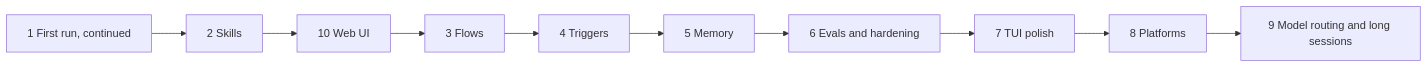
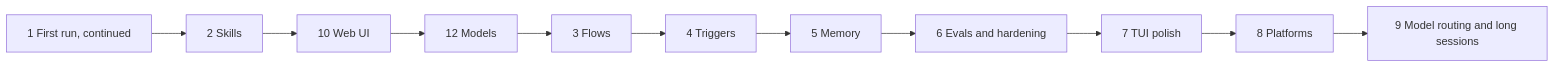
The first of 7 diagrams in docs/plan.md (MilanPavel/golem), drawn with Mermaid before and after one commit. The commit also changed other lines of this file, not shown here.

Commit message:
docs: update plan with models phase 12 (#391)

````diff
--- a/docs/plan.md
+++ b/docs/plan.md
@@ -29,4 +30,4 @@
 ```mermaid
 flowchart LR
-  p1[1 First run, continued] --> p2[2 Skills] --> p10[10 Web UI] --> p3[3 Flows] --> p4[4 Triggers] --> p5[5 Memory] --> p6[6 Evals and hardening] --> p7[7 TUI polish] --> p8[8 Platforms] --> p9[9 Model routing and long sessions]
+  p1[1 First run, continued] --> p2[2 Skills] --> p10[10 Web UI] --> p12[12 Models] --> p3[3 Flows] --> p4[4 Triggers] --> p5[5 Memory] --> p6[6 Evals and hardening] --> p7[7 TUI polish] --> p8[8 Platforms] --> p9[9 Model routing and long sessions]
 ```
````
